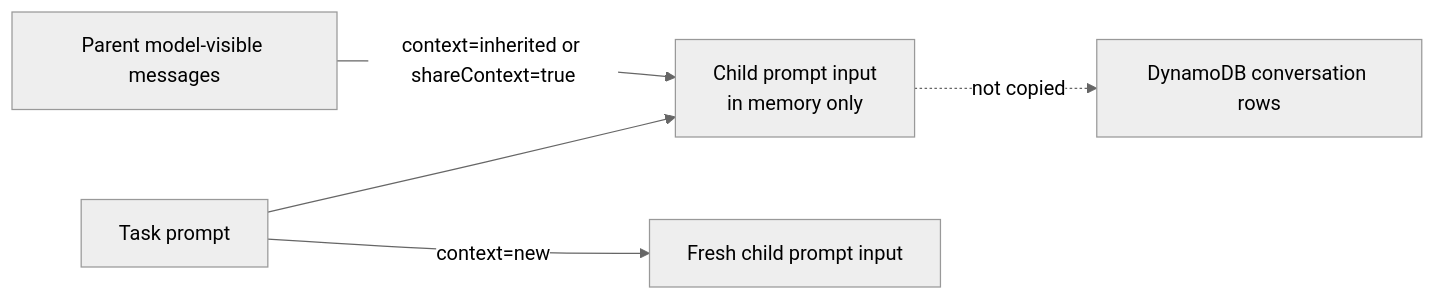
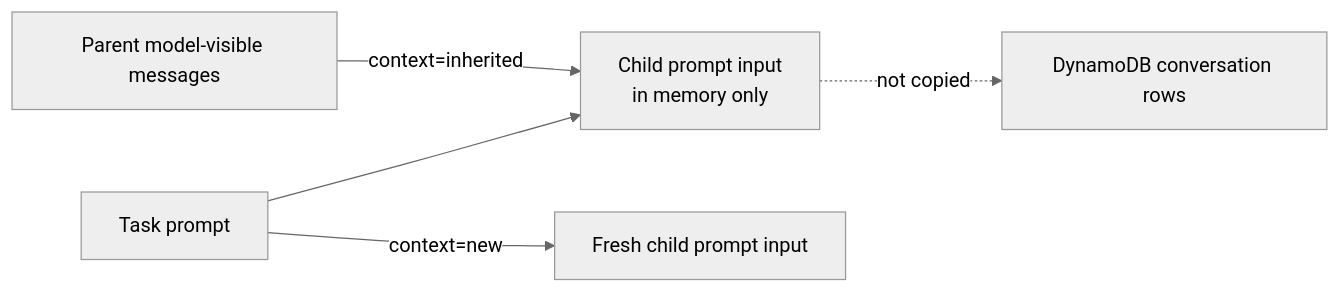
The first of 3 diagrams in docs/sub-agents.md (beeblastco/broods), drawn with Mermaid (neutral theme) before and after one commit. The commit also changed other lines of this file and 10 other files, not shown here.

````diff
--- a/docs/sub-agents.md
+++ b/docs/sub-agents.md
@@ -61,7 +80,7 @@
 ```mermaid
 flowchart LR
-  Parent["Parent model-visible messages"] -->|"context=inherited or shareContext=true"| ChildMemory["Child prompt input<br/>in memory only"]
+  Parent["Parent model-visible messages"] -->|"context=inherited"| ChildMemory["Child prompt input<br/>in memory only"]
   Task["Task prompt"] --> ChildMemory
   Task -->|"context=new"| Fresh["Fresh child prompt input"]
   ChildMemory -. "not copied" .-> DDB["DynamoDB conversation rows"]
 ```
````
